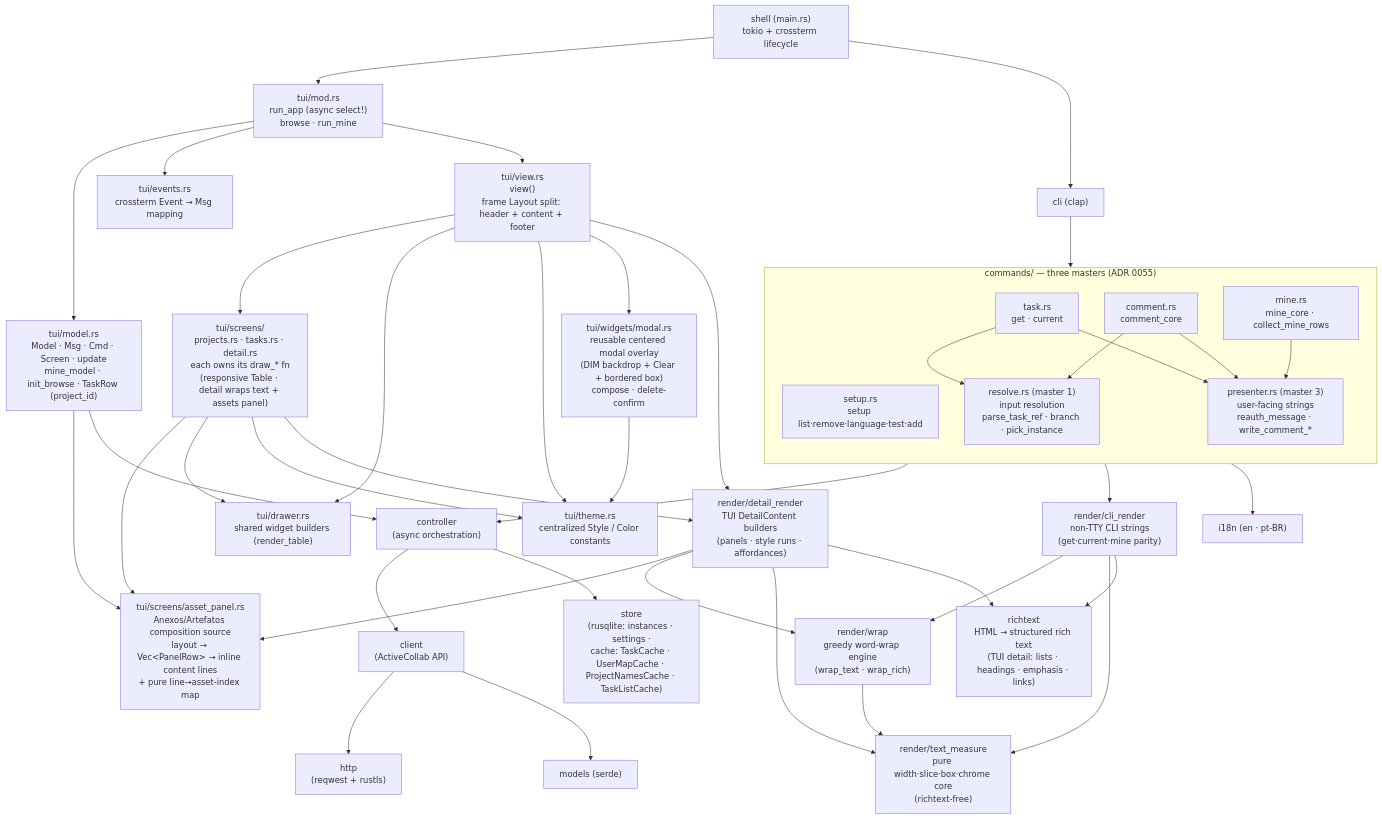
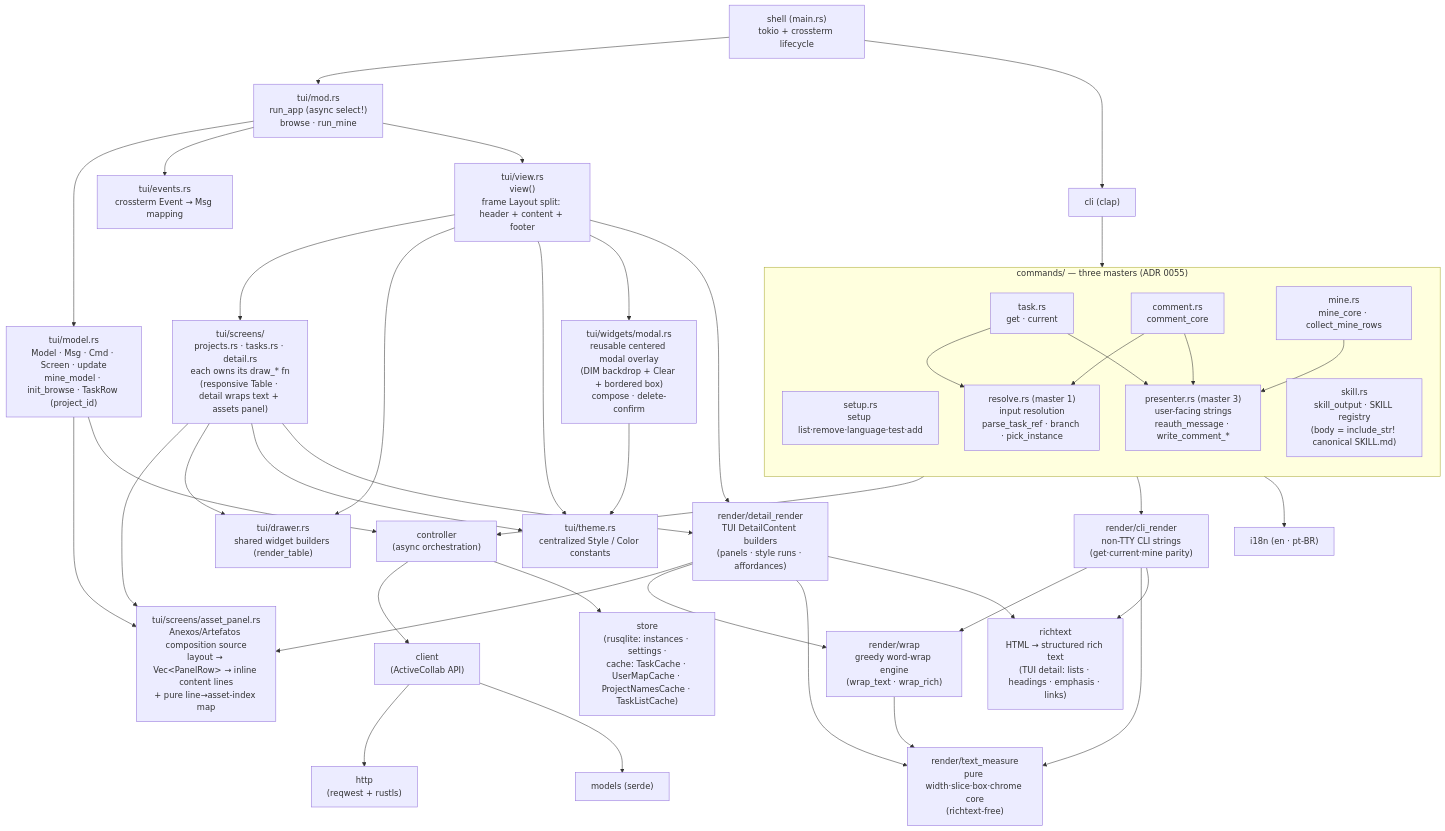
The first of 3 diagrams in docs/architecture.md (ejklock/active-collab-cli), drawn with Mermaid before and after one commit. The commit also changed other lines of this file and 5 other files, not shown here.

````diff
--- a/docs/architecture.md
+++ b/docs/architecture.md
@@ -20,50 +20,51 @@
 ```mermaid
 flowchart TD
     main["shell (main.rs)\ntokio + crossterm lifecycle"] --> tui["tui/mod.rs\nrun_app (async select!)\nbrowse · run_mine"]
     tui --> model["tui/model.rs\nModel · Msg · Cmd · Screen · update\nmine_model · init_browse · TaskRow (project_id)"]
     tui --> events["tui/events.rs\ncrossterm Event → Msg mapping"]
     tui --> view["tui/view.rs\nview()\nframe Layout split: header + content + footer"]
     view --> screens["tui/screens/\nprojects.rs · tasks.rs · detail.rs\neach owns its draw_* fn\n(responsive Table · detail wraps text + assets panel)"]
     view --> drawer["tui/drawer.rs\nshared widget builders (render_table)"]
     view --> theme["tui/theme.rs\ncentralized Style / Color constants"]
     view --> widgets["tui/widgets/modal.rs\nreusable centered modal overlay\n(DIM backdrop + Clear + bordered box)\ncompose · delete-confirm"]
     widgets --> theme
     screens --> asset_panel["tui/screens/asset_panel.rs\nAnexos/Artefatos composition source\nlayout → Vec&lt;PanelRow&gt; → inline content lines\n+ pure line→asset-index map"]
     detail_render --> asset_panel
     model --> asset_panel
     screens --> drawer
     screens --> theme
     main --> cli["cli (clap)"]
     cli --> commands
     subgraph commands["commands/ — three masters (ADR 0055)"]
         direction TB
         cmd_setup["setup.rs\nsetup list·remove·language·test·add"]
         cmd_task["task.rs\nget · current"]
         cmd_comment["comment.rs\ncomment_core"]
         cmd_mine["mine.rs\nmine_core · collect_mine_rows"]
+        cmd_skill["skill.rs\nskill_output · SKILL registry\n(body = include_str! canonical SKILL.md)"]
         cmd_resolve["resolve.rs (master 1)\ninput resolution\nparse_task_ref · branch · pick_instance"]
         cmd_presenter["presenter.rs (master 3)\nuser-facing strings\nreauth_message · write_comment_*"]
         cmd_task --> cmd_resolve
         cmd_task --> cmd_presenter
         cmd_comment --> cmd_resolve
         cmd_comment --> cmd_presenter
         cmd_mine --> cmd_presenter
     end
     commands --> controller["controller\n(async orchestration)"]
     model --> controller
     controller --> client["client\n(ActiveCollab API)"]
     client --> http["http\n(reqwest + rustls)"]
     controller --> store["store\n(rusqlite: instances · settings ·\ncache: TaskCache · UserMapCache · ProjectNamesCache · TaskListCache)"]
     commands --> cli_render["render/cli_render\nnon-TTY CLI strings\n(get·current·mine parity)"]
     view --> detail_render["render/detail_render\nTUI DetailContent builders\n(panels · style runs · affordances)"]
     screens --> detail_render
     cli_render --> wrap["render/wrap\ngreedy word-wrap engine\n(wrap_text · wrap_rich)"]
     detail_render --> wrap
     cli_render --> text_measure["render/text_measure\npure width·slice·box·chrome core\n(richtext-free)"]
     detail_render --> text_measure
     wrap --> text_measure
     cli_render --> richtext["richtext\nHTML → structured rich text\n(TUI detail: lists · headings · emphasis · links)"]
     detail_render --> richtext
     commands --> i18n["i18n (en · pt-BR)"]
     client --> models["models (serde)"]
 ```
````
